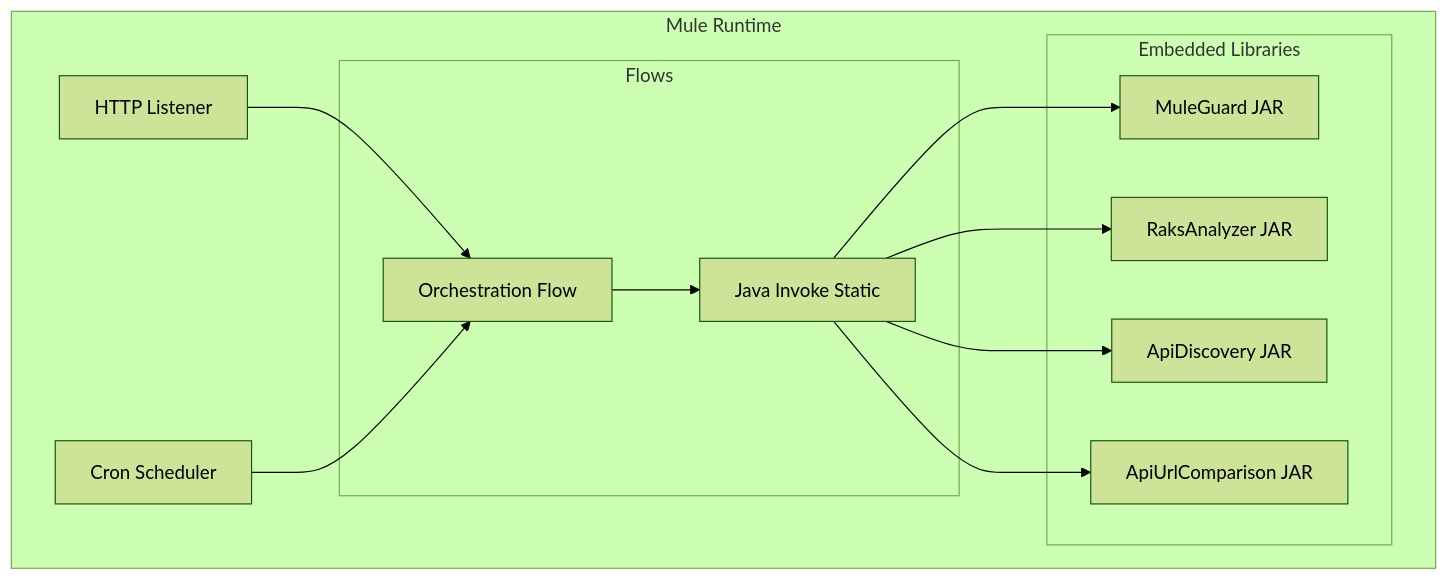
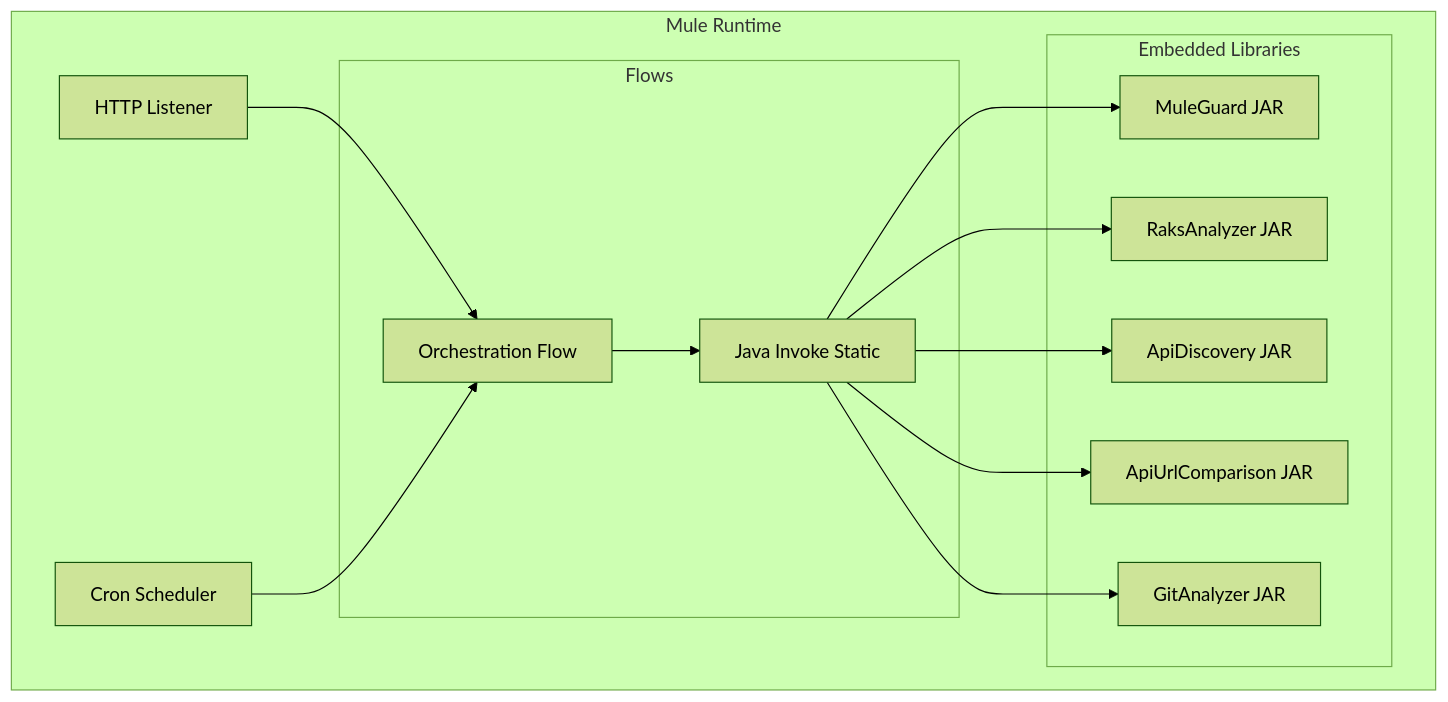
Before and after one commit to raksjnu/apiguard: the diagram in apiguardwrapper/ENTERPRISE_ONBOARDING.md, drawn with Mermaid (forest theme). The commit also changed other lines of this file and 20 other files, not shown here.

````diff
--- a/apiguardwrapper/ENTERPRISE_ONBOARDING.md
+++ b/apiguardwrapper/ENTERPRISE_ONBOARDING.md
@@ -43,27 +44,29 @@
 ```mermaid
 graph TB
     subgraph "Mule Runtime"
         API[HTTP Listener]
         Scheduler[Cron Scheduler]
         
         subgraph "Flows"
             Orch[Orchestration Flow]
             Java[Java Invoke Static]
         end
         
         subgraph "Embedded Libraries"
             MG[MuleGuard JAR]
             RA[RaksAnalyzer JAR]
             AD[ApiDiscovery JAR]
             AUC[ApiUrlComparison JAR]
+            GA[GitAnalyzer JAR]
         end
     end
     
     API --> Orch
     Scheduler --> Orch
     Orch --> Java
     Java --> MG
     Java --> RA
     Java --> AD
     Java --> AUC
+    Java --> GA
 ```
````
